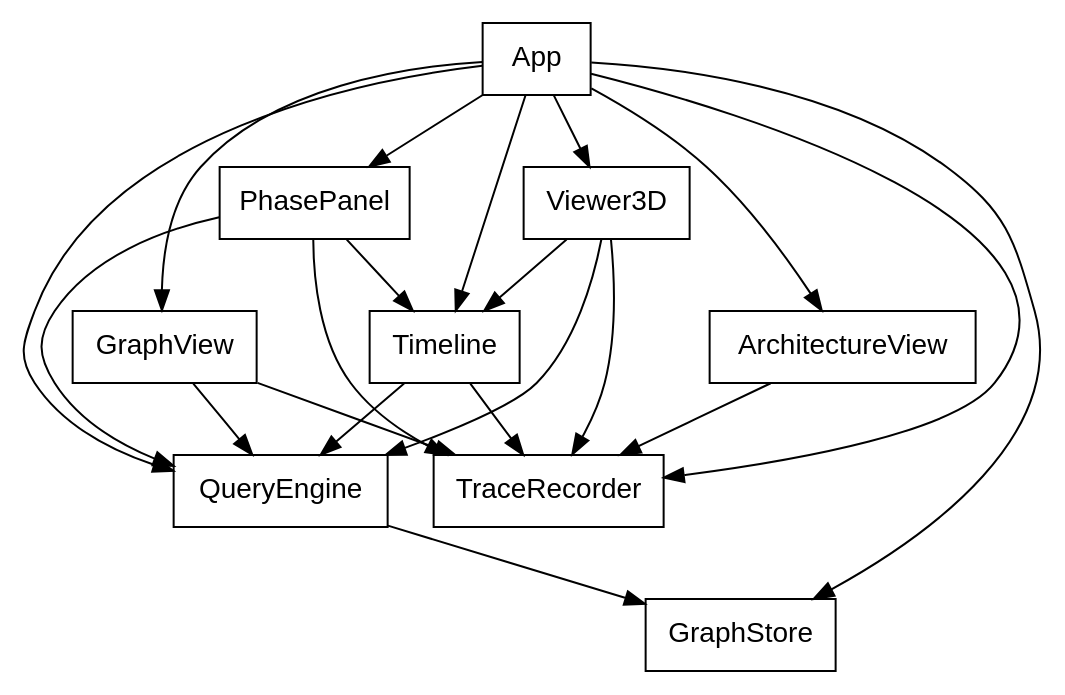
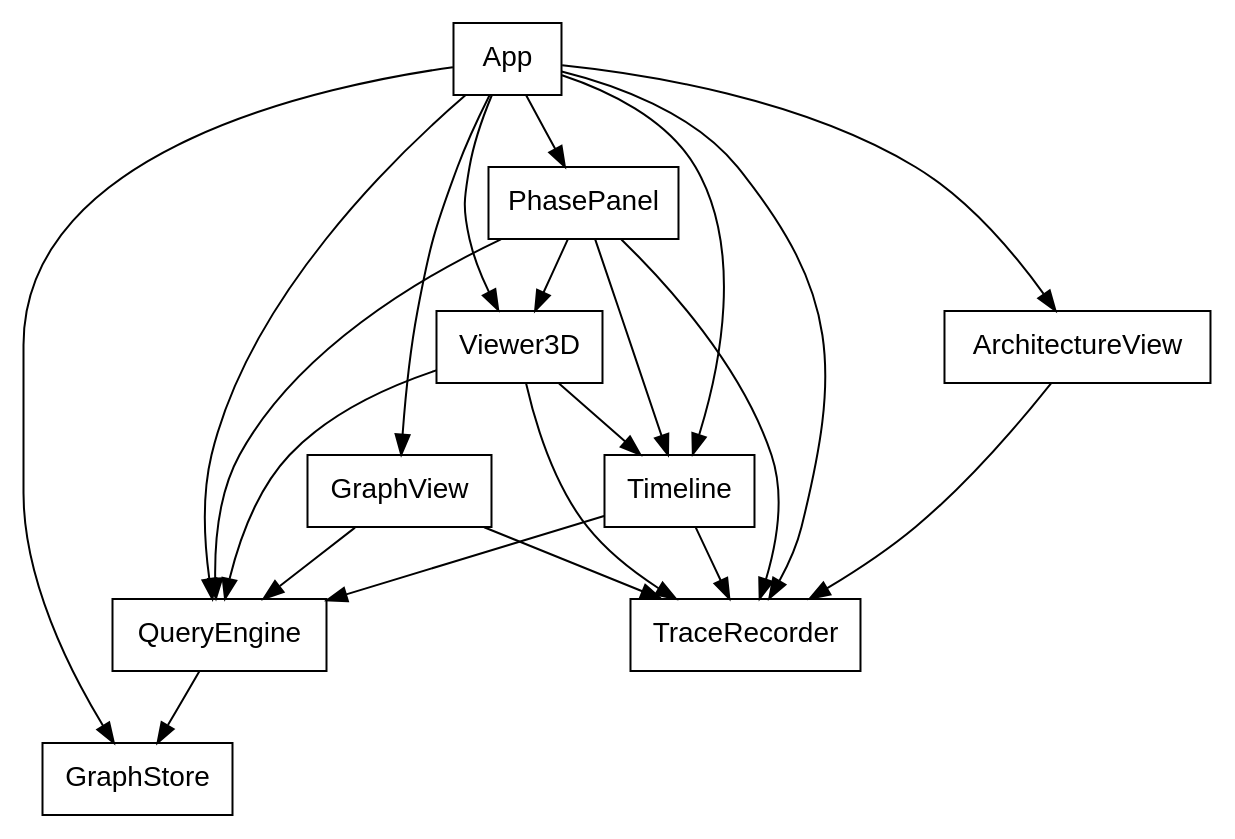
One commit to argent0/bio-mechanics changed the diagram in generated/diagrams/components.dot. Above: the diagram before and after it, drawn with Graphviz. The commit also changed 21 other files, not shown here.

Commit message:
Add muscle sequence and tug-of-war moments panel Shows muscle order and N·m contest per joint over time

```diff
--- a/generated/diagrams/components.dot
+++ b/generated/diagrams/components.dot
@@ -1,35 +1,36 @@
 // Generated by `lake exe gen` from spec/BioMech/Components.lean. Edit the Lean source, then regenerate: cd spec && lake exe gen
 digraph components {
   rankdir=TB;
   node [shape=box, fontname="Helvetica"];
   edge [fontname="Helvetica", fontsize=10];
   "App" [label="App"];
+  "PhasePanel" [label="PhasePanel"];
   "Viewer3D" [label="Viewer3D"];
-  "PhasePanel" [label="PhasePanel"];
   "Timeline" [label="Timeline"];
   "GraphView" [label="GraphView"];
   "QueryEngine" [label="QueryEngine"];
   "GraphStore" [label="GraphStore"];
   "ArchitectureView" [label="ArchitectureView"];
   "TraceRecorder" [label="TraceRecorder"];
   "QueryEngine" -> "GraphStore";
   "Timeline" -> "QueryEngine";
   "Viewer3D" -> "QueryEngine";
   "PhasePanel" -> "QueryEngine";
   "GraphView" -> "QueryEngine";
   "Viewer3D" -> "Timeline";
   "PhasePanel" -> "Timeline";
+  "PhasePanel" -> "Viewer3D";
   "Timeline" -> "TraceRecorder";
   "Viewer3D" -> "TraceRecorder";
   "PhasePanel" -> "TraceRecorder";
   "GraphView" -> "TraceRecorder";
   "ArchitectureView" -> "TraceRecorder";
   "App" -> "GraphStore";
   "App" -> "QueryEngine";
   "App" -> "TraceRecorder";
   "App" -> "Timeline";
   "App" -> "Viewer3D";
   "App" -> "PhasePanel";
   "App" -> "GraphView";
   "App" -> "ArchitectureView";
 }
```
